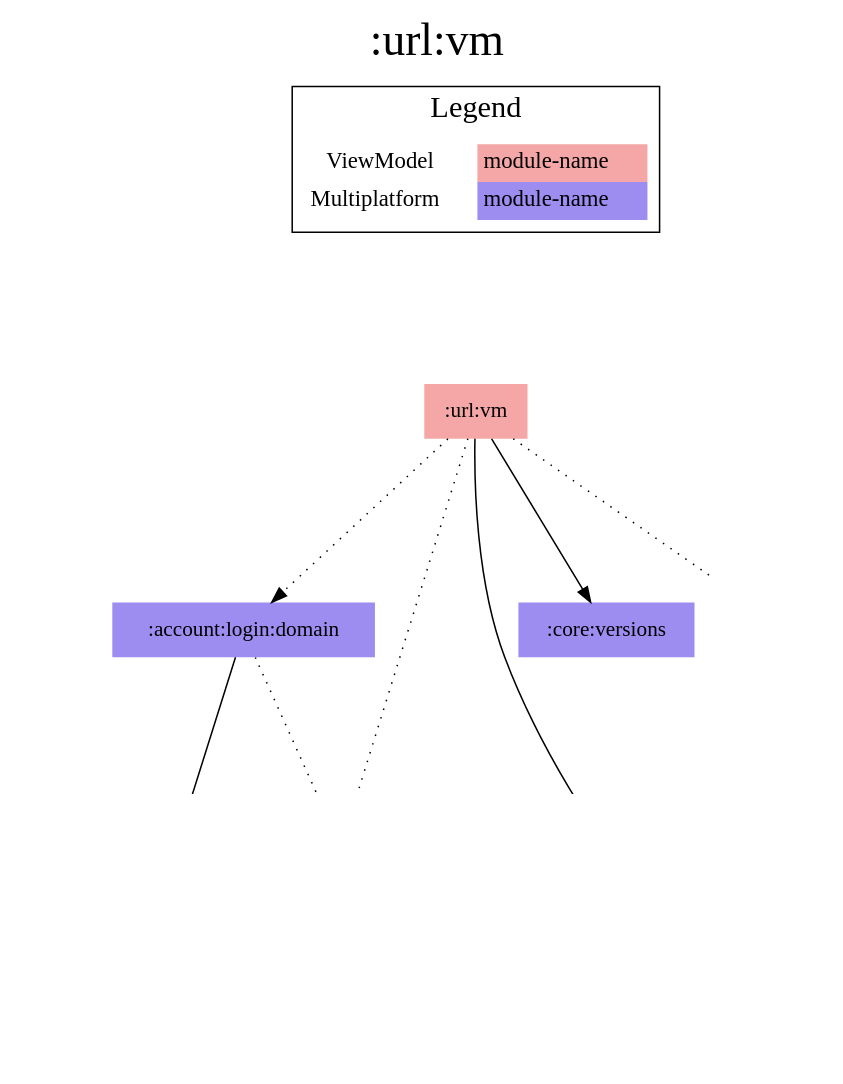
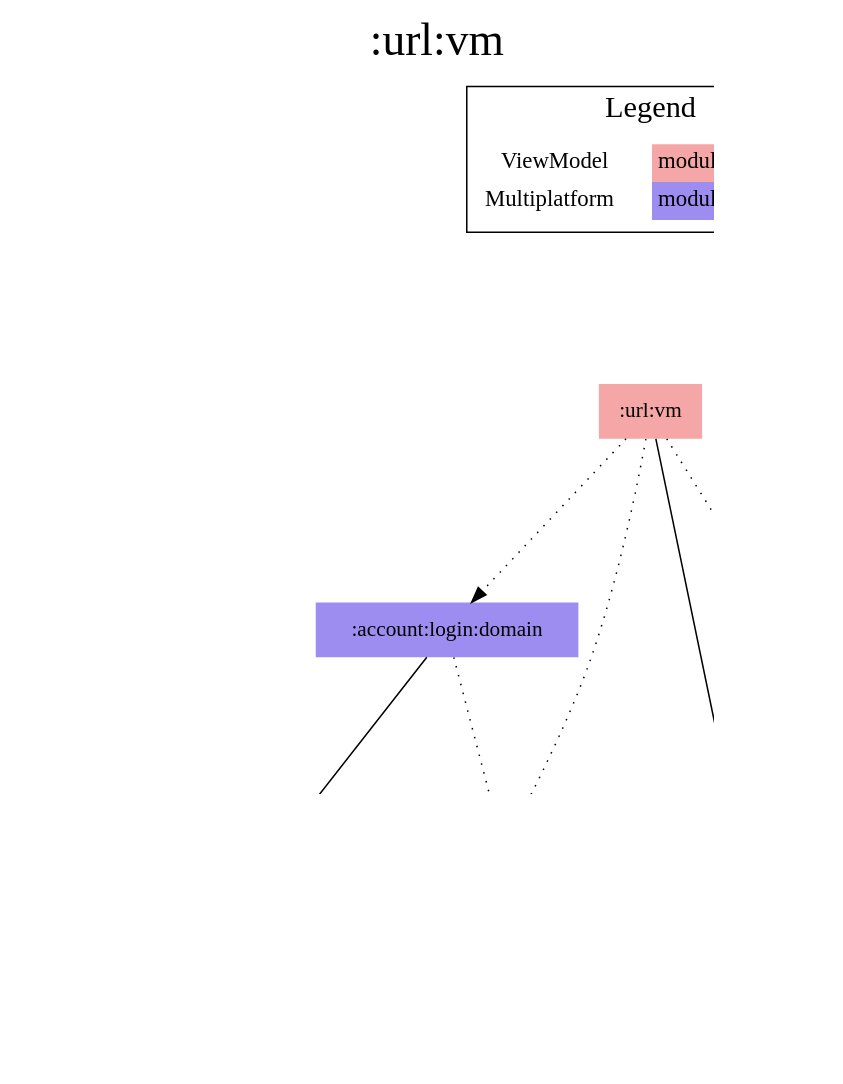
The diagram in modules/url/vm/modules.dot (jonapoul/aktual), drawn with Graphviz before and after one commit. The commit also changed 59 other files, not shown here.

Commit message:
core:versions -> core:model

```diff
--- a/modules/url/vm/modules.dot
+++ b/modules/url/vm/modules.dot
@@ -1,40 +1,38 @@
 digraph {
 edge ["dir"="forward"]
 graph ["dpi"="100","label"=":url:vm","labelloc"="t","fontsize"="30","ranksep"="1.5","rankdir"="TB"]
 node ["style"="filled"]
 ":account:login:domain" ["fillcolor"="#9D8DF1","shape"="none"]
 ":account:model" ["fillcolor"="#9D8DF1","shape"="none"]
 ":api:actual" ["fillcolor"="#9D8DF1","shape"="none"]
 ":budget:model" ["fillcolor"="#9D8DF1","shape"="none"]
 ":codegen:annotation" ["fillcolor"="#9D8DF1","shape"="none"]
 ":core:model" ["fillcolor"="#9D8DF1","shape"="none"]
-":core:versions" ["fillcolor"="#9D8DF1","shape"="none"]
 ":url:prefs" ["fillcolor"="#9D8DF1","shape"="none"]
 ":url:vm" ["fillcolor"="#F5A6A6","shape"="none"]
 {
 edge ["dir"="none"]
 graph ["rank"="same"]
 }
 ":account:login:domain" -> ":account:model"
 ":account:login:domain" -> ":api:actual" ["style"="dotted"]
 ":api:actual" -> ":account:model"
 ":api:actual" -> ":budget:model"
 ":api:actual" -> ":codegen:annotation" ["style"="dotted"]
 ":api:actual" -> ":core:model"
 ":url:prefs" -> ":core:model"
 ":url:vm" -> ":account:login:domain" ["style"="dotted"]
 ":url:vm" -> ":api:actual" ["style"="dotted"]
 ":url:vm" -> ":core:model"
-":url:vm" -> ":core:versions"
 ":url:vm" -> ":url:prefs" ["style"="dotted"]
 subgraph "cluster_legend" {
 edge ["dir"="none"]
 graph ["label"="Legend","fontsize"="20"]
 "Legend" ["style"="filled","fillcolor"="#FFFFFF","shape"="none","margin"="0","fontsize"="15","label"=<
 <TABLE BORDER="0" CELLBORDER="0" CELLSPACING="0" CELLPADDING="4">
 <TR><TD>ViewModel</TD><TD BGCOLOR="#F5A6A6">module-name</TD></TR>
 <TR><TD>Multiplatform</TD><TD BGCOLOR="#9D8DF1">module-name</TD></TR>
 </TABLE>
 >]
 } -> ":url:vm" ["style"="invis"]
 }
```
